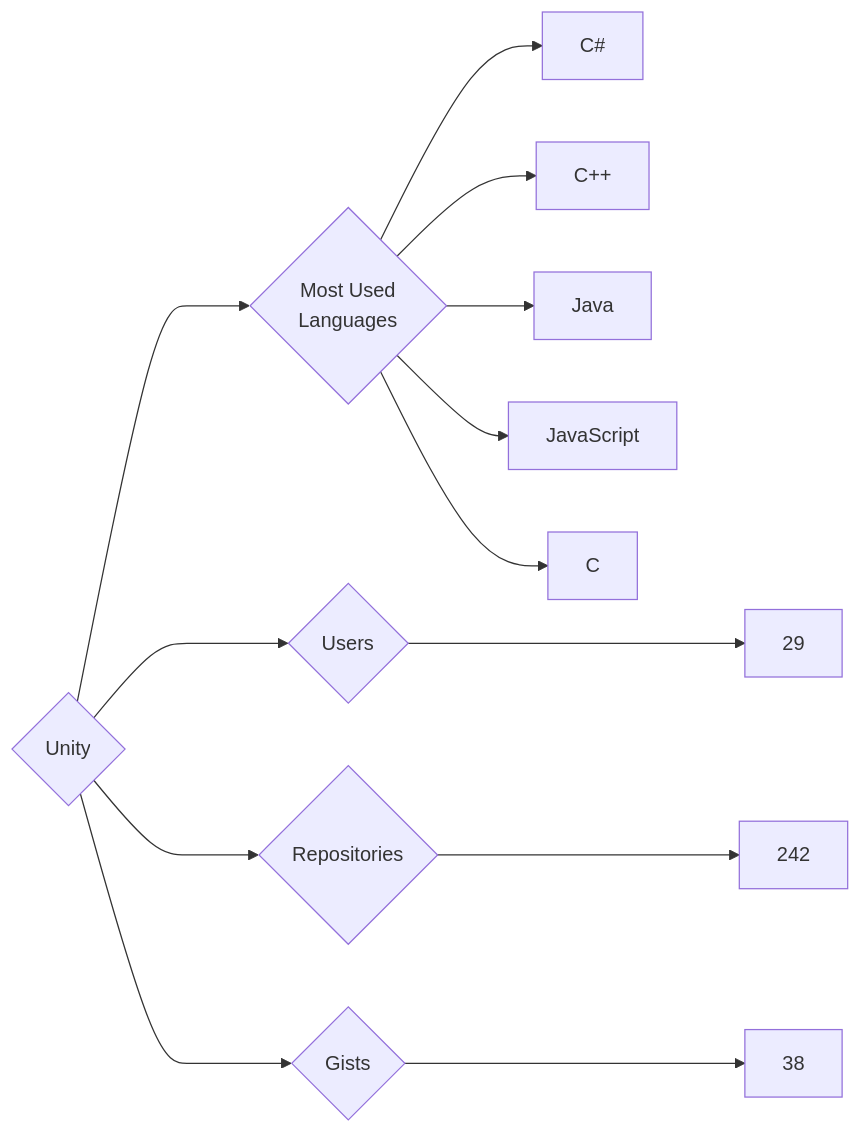
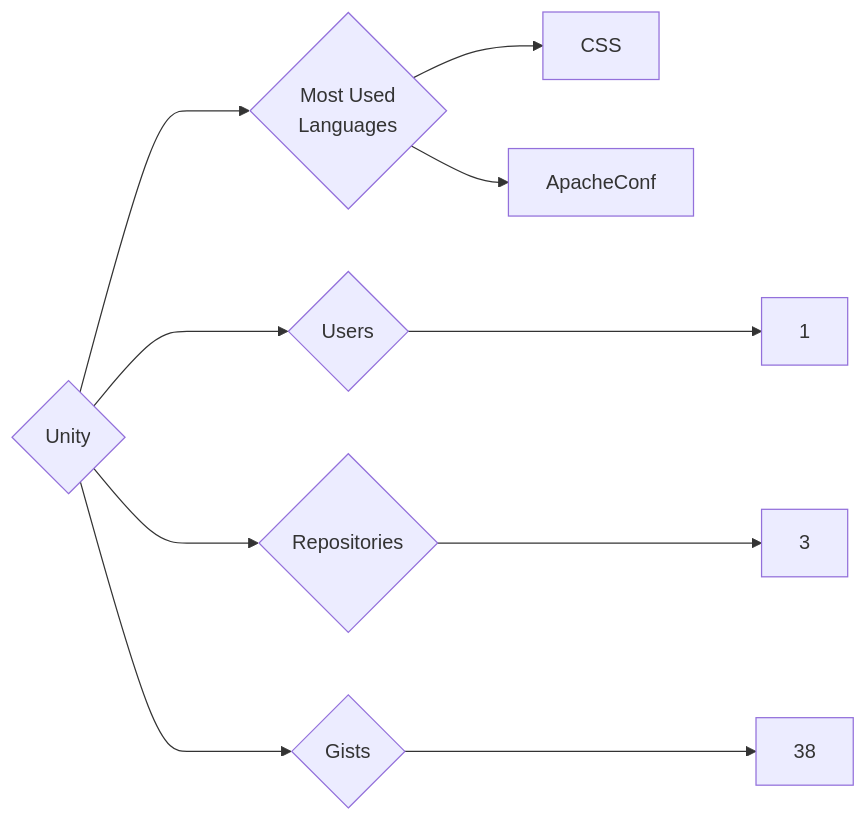
One commit to trickest/insiders changed the diagram in targets/Unity/README.md. Above: the diagram before and after it, drawn with Mermaid. The commit also changed 794 other files, not shown here.

````diff
--- a/targets/Unity/README.md
+++ b/targets/Unity/README.md
@@ -3,13 +3,10 @@
 ```mermaid
 graph LR
 COMPANY_NAME{Unity}
-COMPANY_NAME ---> U{Users} ---> UN[29]
-COMPANY_NAME ---> R{Repositories} ---> RN[242]
+COMPANY_NAME ---> U{Users} ---> UN[1]
+COMPANY_NAME ---> R{Repositories} ---> RN[3]
 COMPANY_NAME ---> G{Gists} ---> GN[38]
 COMPANY_NAME ---> ML{Most Used<br>Languages}
-ML --> C#[C#]
-ML --> C++[C++]
-ML --> Java[Java]
-ML --> JavaScript[JavaScript]
-ML --> C[C]
+ML --> CSS[CSS]
+ML --> ApacheConf[ApacheConf]
 ```
````
